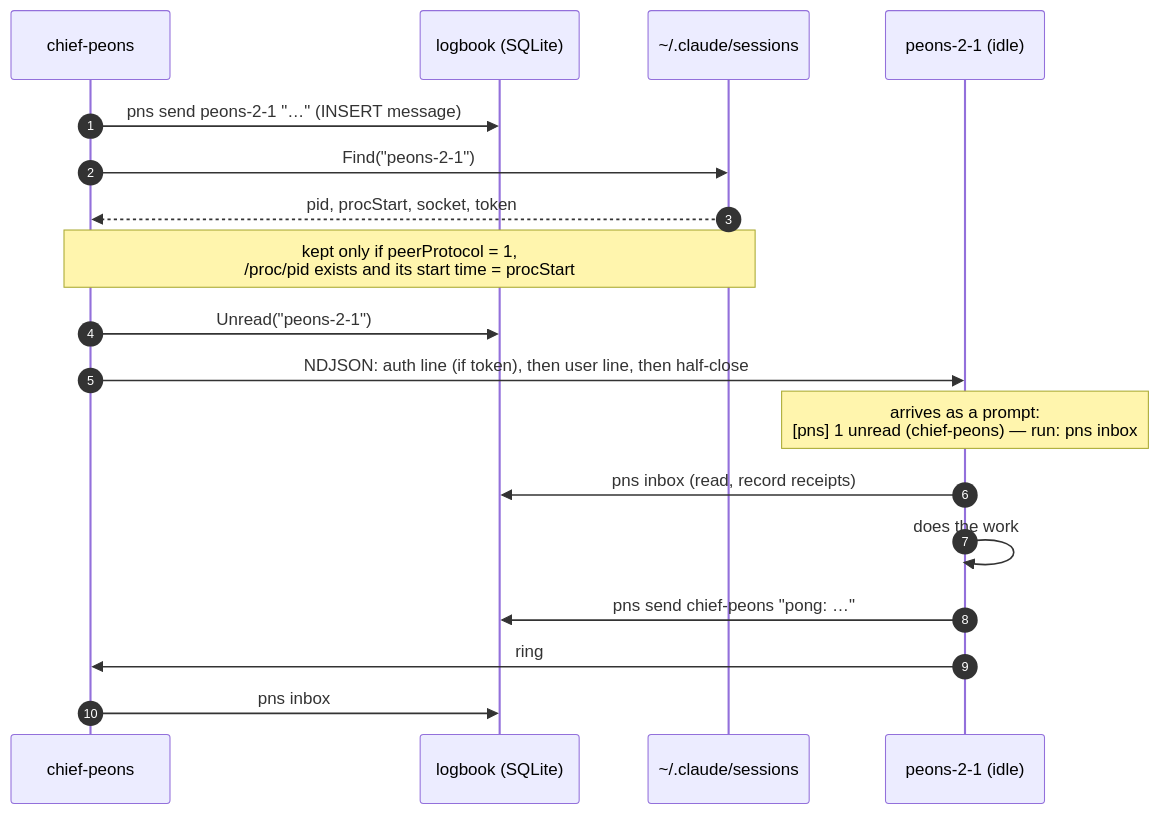
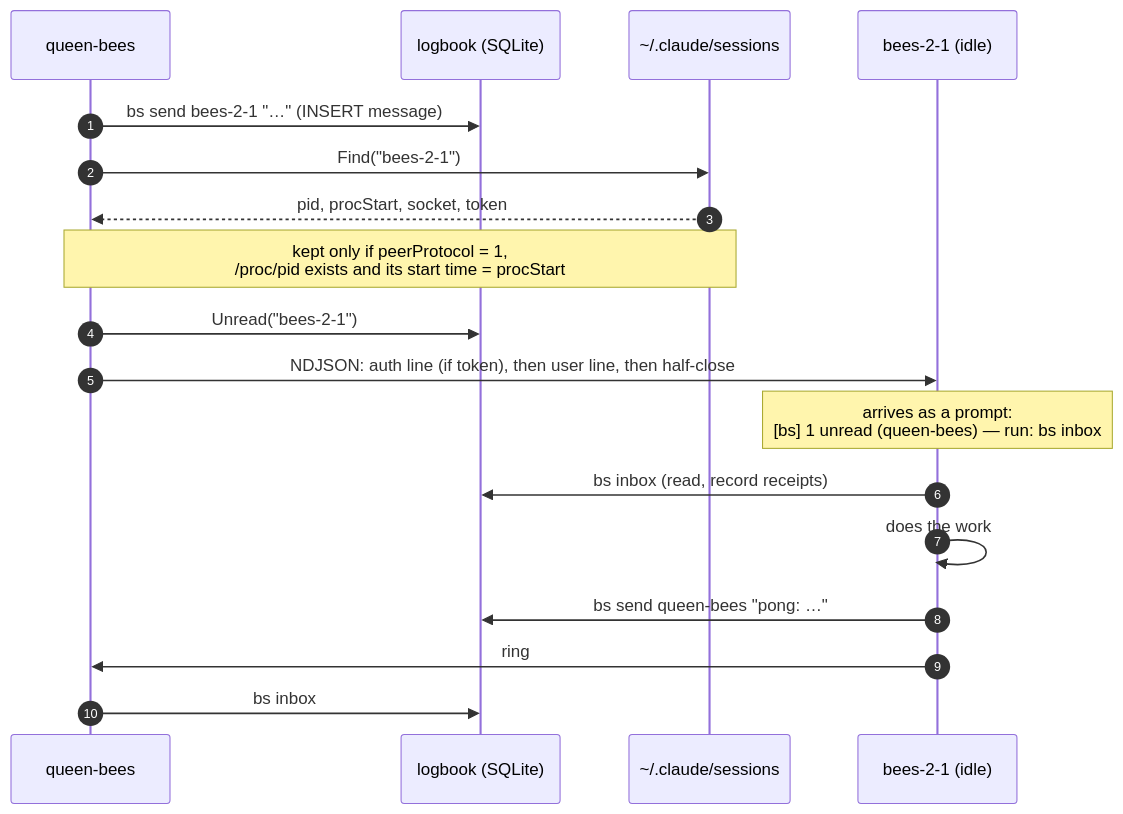
One commit to jmmshn/bees changed the second of 4 diagrams in README.md. Above: the diagram before and after it, drawn with Mermaid. The commit also changed other lines of this file and 37 other files, not shown here.

First line of the commit message:
refactor: rename peons to bees (R31)

````diff
--- a/README.md
+++ b/README.md
@@ -106,21 +106,21 @@
 ```mermaid
 sequenceDiagram
     autonumber
-    participant C as chief-peons
+    participant C as queen-bees
     participant L as logbook (SQLite)
     participant R as ~/.claude/sessions
-    participant P as peons-2-1 (idle)
+    participant P as bees-2-1 (idle)
 
-    C->>L: pns send peons-2-1 "…"  (INSERT message)
-    C->>R: Find("peons-2-1")
+    C->>L: bs send bees-2-1 "…"  (INSERT message)
+    C->>R: Find("bees-2-1")
     R-->>C: pid, procStart, socket, token
     Note over C,R: kept only if peerProtocol = 1,<br/>/proc/pid exists and its start time = procStart
-    C->>L: Unread("peons-2-1")
+    C->>L: Unread("bees-2-1")
     C->>P: NDJSON: auth line (if token), then user line, then half-close
-    Note over P: arrives as a prompt:<br/>[pns] 1 unread (chief-peons) — run: pns inbox
-    P->>L: pns inbox  (read, record receipts)
+    Note over P: arrives as a prompt:<br/>[bs] 1 unread (queen-bees) — run: bs inbox
+    P->>L: bs inbox  (read, record receipts)
     P->>P: does the work
-    P->>L: pns send chief-peons "pong: …"
+    P->>L: bs send queen-bees "pong: …"
     P->>C: ring
-    C->>L: pns inbox
+    C->>L: bs inbox
 ```
````
